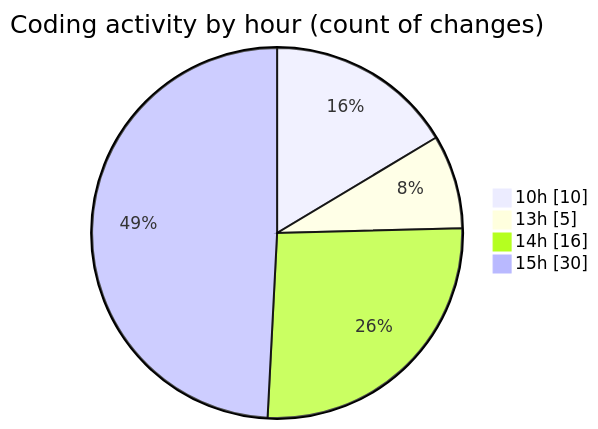
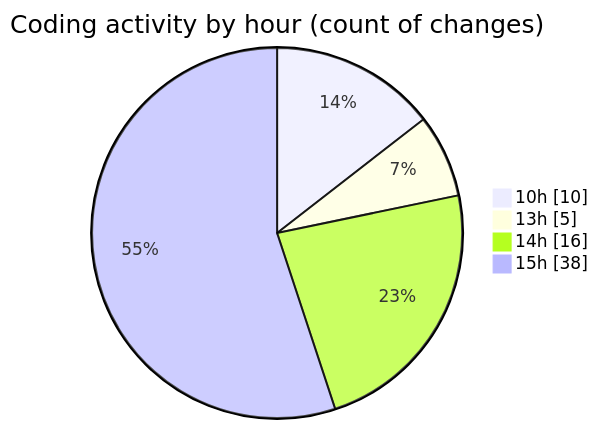
One commit to nxtqubesakshisongat/code-tracking changed the second of 2 diagrams in 2025-07-30/nxtqube_webapp/README.md. Above: the diagram before and after it, drawn with Mermaid. The commit also changed other lines of this file and 1 other file, not shown here.

````diff
--- a/2025-07-30/nxtqube_webapp/README.md
+++ b/2025-07-30/nxtqube_webapp/README.md
@@ -36,8 +36,8 @@
 ```mermaid
 pie showData
 title Coding activity by hour (count of changes)
 "10h" : 10
 "13h" : 5
 "14h" : 16
-"15h" : 30
+"15h" : 38
 ```
````
